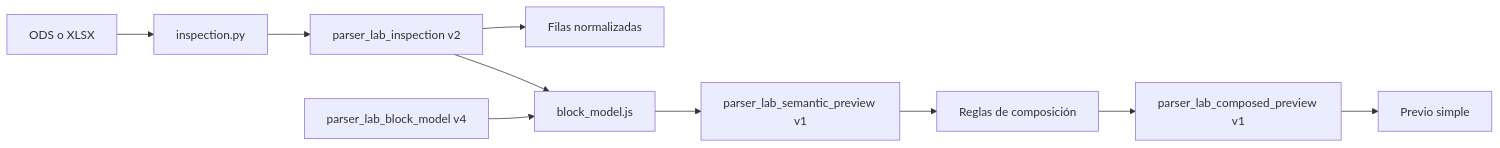
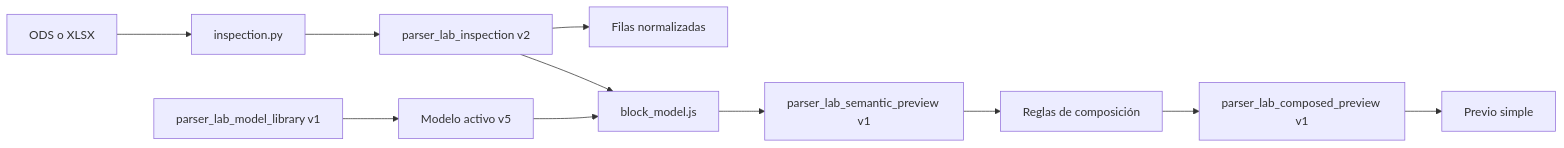
The diagram in docs/architecture/parser_lab_architecture_functional_ux_ui_audit_handoff.md (jtorrens/Creditos), drawn with Mermaid before and after one commit. The commit also changed other lines of this file and 9 other files, not shown here.

Commit message:
Add Parser Lab model library workflow

````diff
--- a/docs/architecture/parser_lab_architecture_functional_ux_ui_audit_handoff.md
+++ b/docs/architecture/parser_lab_architecture_functional_ux_ui_audit_handoff.md
@@ -101,12 +104,13 @@
 ```mermaid
 flowchart LR
     A["ODS o XLSX"] --> B["inspection.py"]
     B --> C["parser_lab_inspection v2"]
     C --> D["Filas normalizadas"]
-    E["parser_lab_block_model v4"] --> F["block_model.js"]
-    C --> F
-    F --> G["parser_lab_semantic_preview v1"]
-    G --> H["Reglas de composición"]
-    H --> I["parser_lab_composed_preview v1"]
-    I --> J["Previo simple"]
+    E["parser_lab_model_library v1"] --> F["Modelo activo v5"]
+    F --> G["block_model.js"]
+    C --> G
+    G --> H["parser_lab_semantic_preview v1"]
+    H --> I["Reglas de composición"]
+    I --> J["parser_lab_composed_preview v1"]
+    J --> K["Previo simple"]
 ```
````
